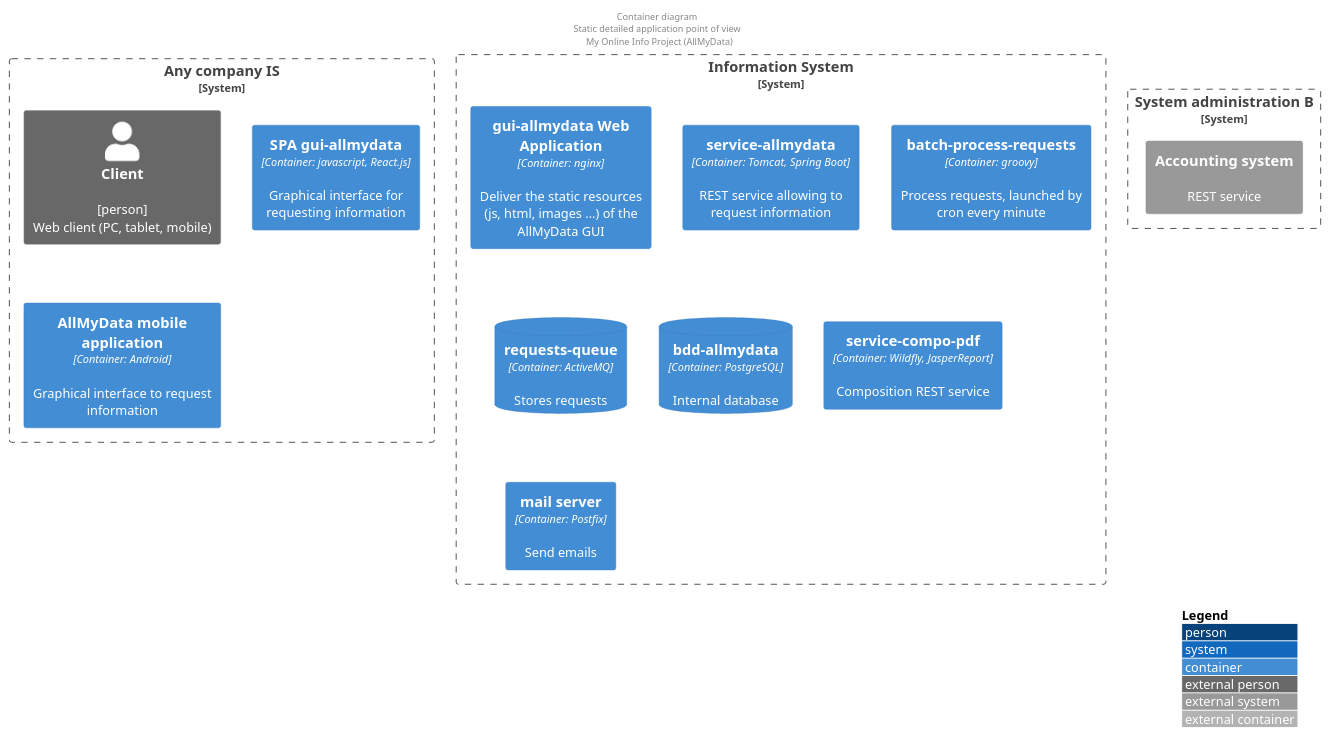
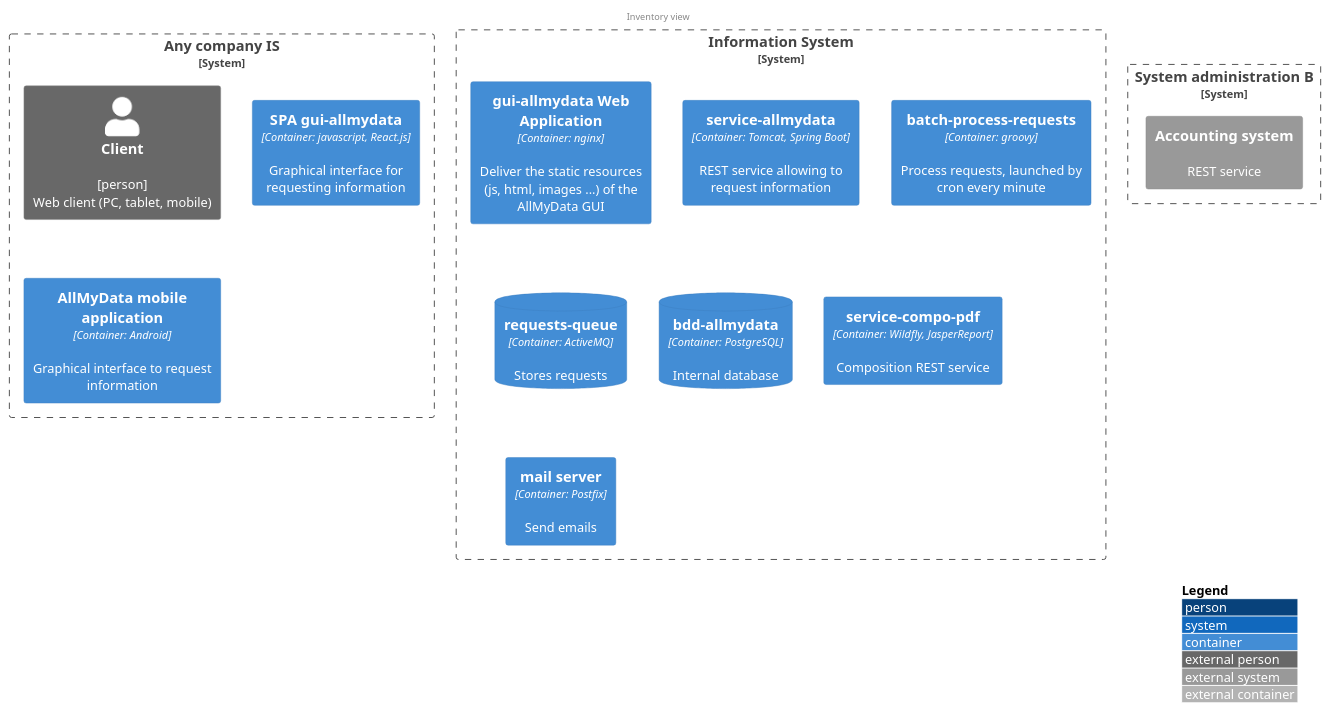
The diagram in diagrams/detailled-application-design-inventory.puml (bflorat/architecture-document-template), drawn with PlantUML before and after one commit. The commit also changed 3 other files, not shown here.

Commit message:
feat: clearer diagrams

```diff
--- a/diagrams/detailled-application-design-inventory.puml
+++ b/diagrams/detailled-application-design-inventory.puml
@@ -1,26 +1,26 @@
-@startuml detailed-application-architecture-static
+@startuml detailed-application-architecture-inventory
 !include <C4/C4_Container>
-header Container diagram \nStatic detailed application point of view \n My Online Info Project (AllMyData)
+header Inventory view
 LAYOUT_WITH_LEGEND()
 
 System_Boundary(company_system, "Any company IS") {
     Person_Ext(company, "Client", "[person] \nWeb client (PC, tablet, mobile)")
     Container(spa, "SPA gui-allmydata", "Container: javascript, React.js", "Graphical interface for requesting information")
     Container(mobile, "AllMyData mobile application", "Container: Android", "Graphical interface to request information")
 }    
 
 System_Boundary(administration, "System administration B") {
     System_Ext(scompta, "Accounting system", "REST service")
 }
 
 System_Boundary(si, "Information System") {
     Container(static_resources, "gui-allmydata Web Application", "Container: nginx", "Deliver the static resources (js, html, images ...) of the AllMyData GUI")
     Container(sm, "service-allmydata", "Container: Tomcat, Spring Boot", "REST service allowing to request information")
     Container(batch, "batch-process-requests", "Container: groovy", "Process requests, launched by cron every minute")
     ContainerDb(queue, "requests-queue", "Container: ActiveMQ", "Stores requests")
     ContainerDb(bdd, "bdd-allmydata", "Container: PostgreSQL", "Internal database")
     Container(compo, "service-compo-pdf", "Container: Wildfly, JasperReport", "Composition REST service")
     Container(smails, "mail server", "Container: Postfix", "Send emails")
 }
 
 @enduml
```
